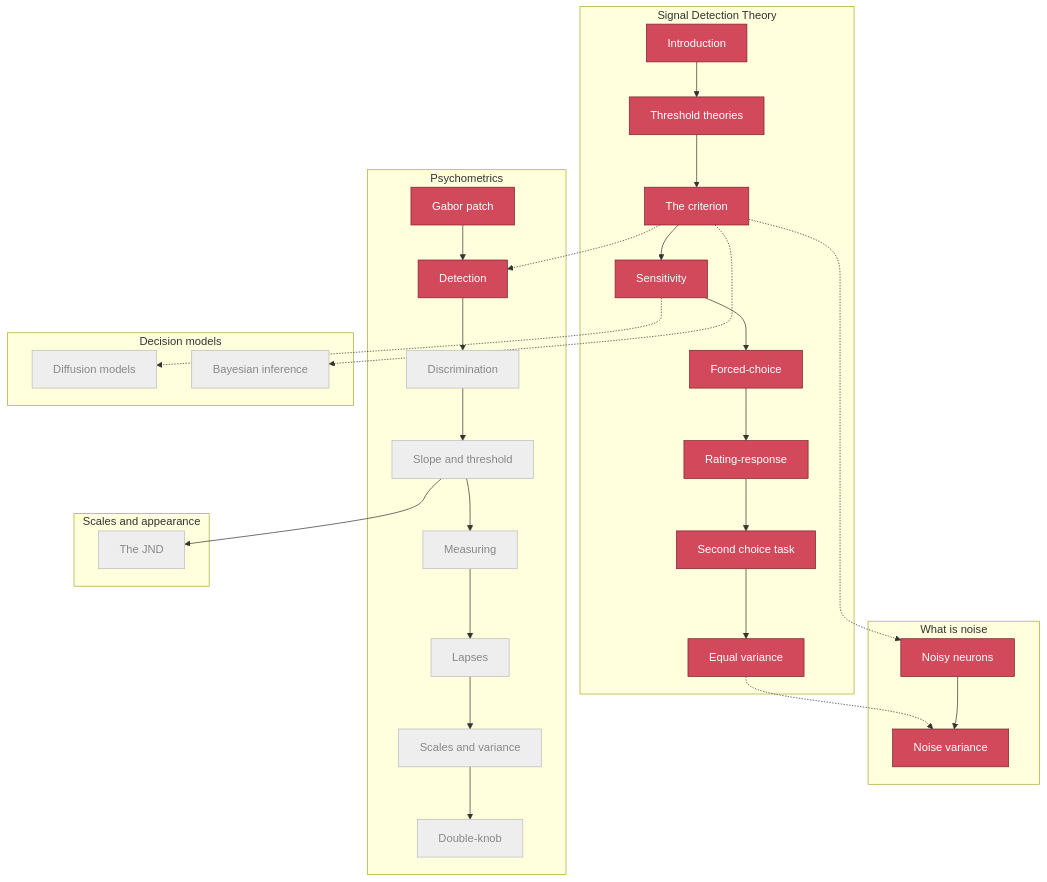
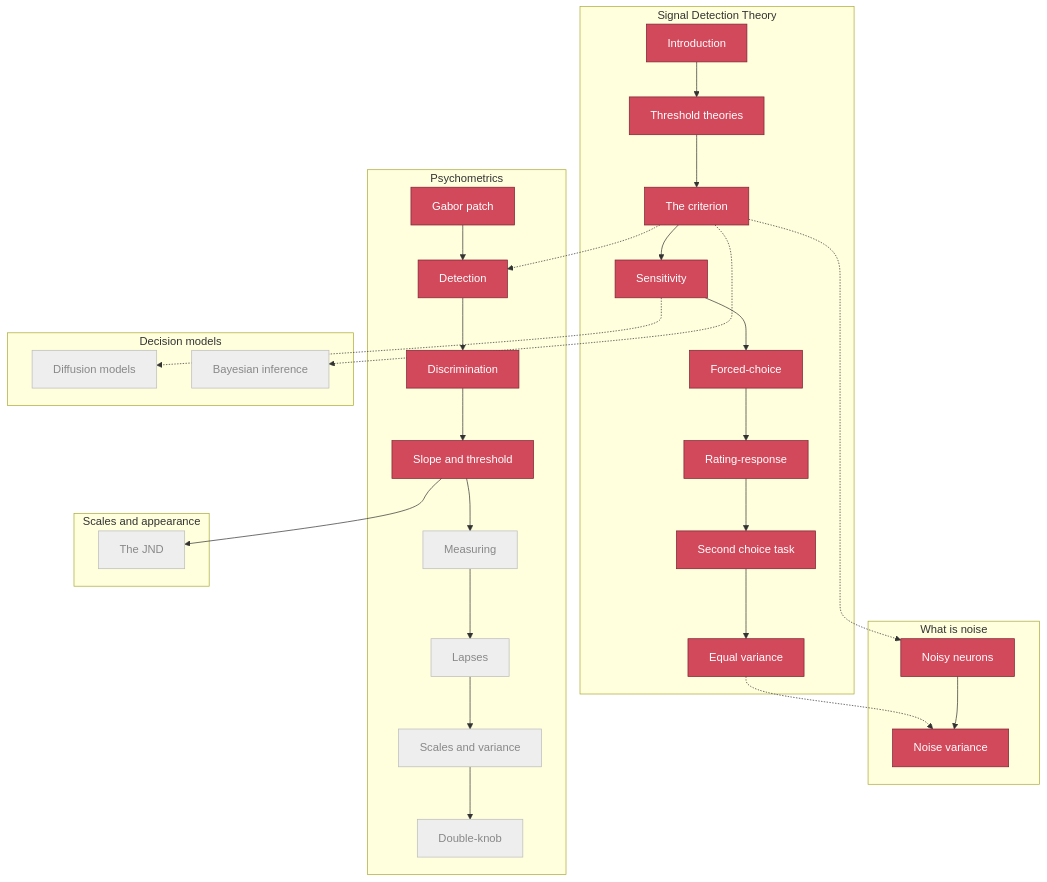
Before and after one commit to tbalsdon/psychophysical-choose-your-own-adventure: the diagram in sitemap.md, drawn with Mermaid. The commit also changed 7 other files, not shown here.

First line of the commit message:
Psychometrics batch 2: discrimination, slope/threshold/bias

````diff
--- a/sitemap.md
+++ b/sitemap.md
@@ -12,66 +12,68 @@
 ```{mermaid}
 flowchart TD
     subgraph SDT [Signal Detection Theory]
         a[Introduction]
         b[Threshold theories]
         d[The criterion]
         e[Sensitivity]
         f[Forced-choice]
         g[Rating-response]
         h[Second choice task]
         i[Equal variance]
     end
 
     subgraph NOISE [What is noise]
         nn[Noisy neurons]
         nv[Noise variance]
     end
 
     subgraph PSY [Psychometrics]
         pg[Gabor patch]
         pd[Detection]
         pdi[Discrimination]
         pst[Slope and threshold]
         pme[Measuring]
         pla[Lapses]
         psc[Scales and variance]
         pdk[Double-knob]
     end
 
     subgraph SCALE [Scales and appearance]
         s1[The JND]
     end
 
     subgraph DM [Decision models]
         dm1[Diffusion models]
         dm2[Bayesian inference]
     end
 
     a --> b --> d --> e --> f --> g --> h --> i
     d -.-> nn
     i -.-> nv
     nn --> nv
     d -.-> pd
     pg --> pd --> pdi --> pst --> pme --> pla --> psc --> pdk
     pst --> s1
     e -.-> dm1
     d -.-> dm2
 
     classDef done fill:#d1495b,stroke:#7a2230,color:#fff;
     classDef todo fill:#eee,stroke:#bbb,color:#888;
-    class a,b,d,e,f,g,h,i,nn,nv,pg,pd done;
-    class pdi,pst,pme,pla,psc,pdk,s1,dm1,dm2 todo;
+    class a,b,d,e,f,g,h,i,nn,nv,pg,pd,pdi,pst done;
+    class pme,pla,psc,pdk,s1,dm1,dm2 todo;
 
     click a "../modules/sdt-intro"
     click b "../modules/sdt-threshold-theories"
     click d "../modules/sdt-criterion"
     click e "../modules/sdt-sensitivity"
     click f "../modules/sdt-forced-choice"
     click g "../modules/sdt-rating-response"
     click h "../modules/sdt-second-choice"
     click i "../modules/sdt-equal-variance"
     click nn "../modules/noise-noisy-neurons"
     click nv "../modules/noise-variance"
     click pg "../modules/psy-gabor"
     click pd "../modules/psy-detection"
+    click pdi "../modules/psy-discrimination"
+    click pst "../modules/psy-slope-threshold-bias"
 ```
````
